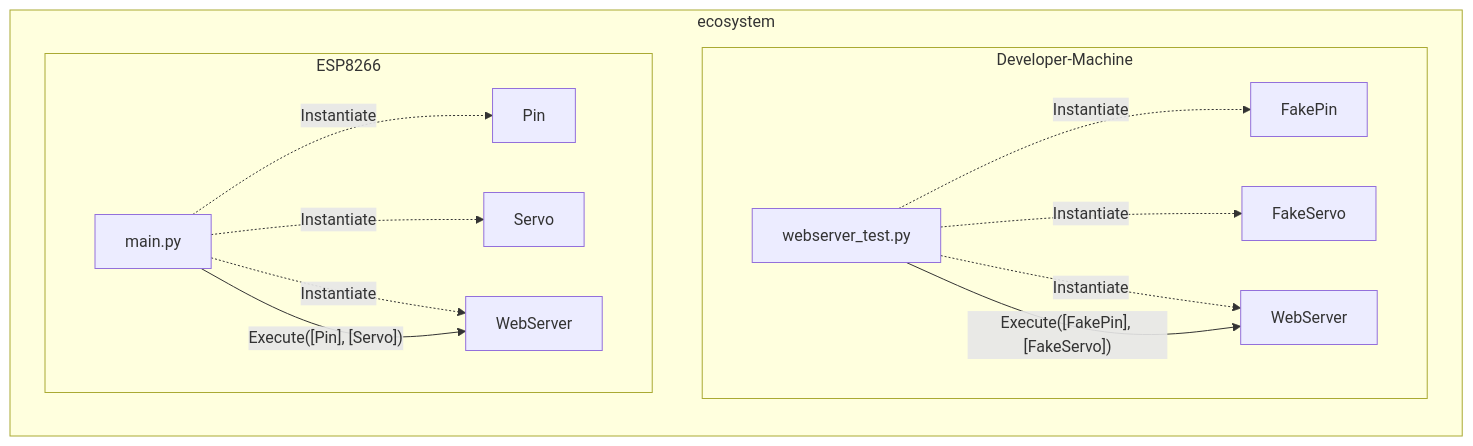
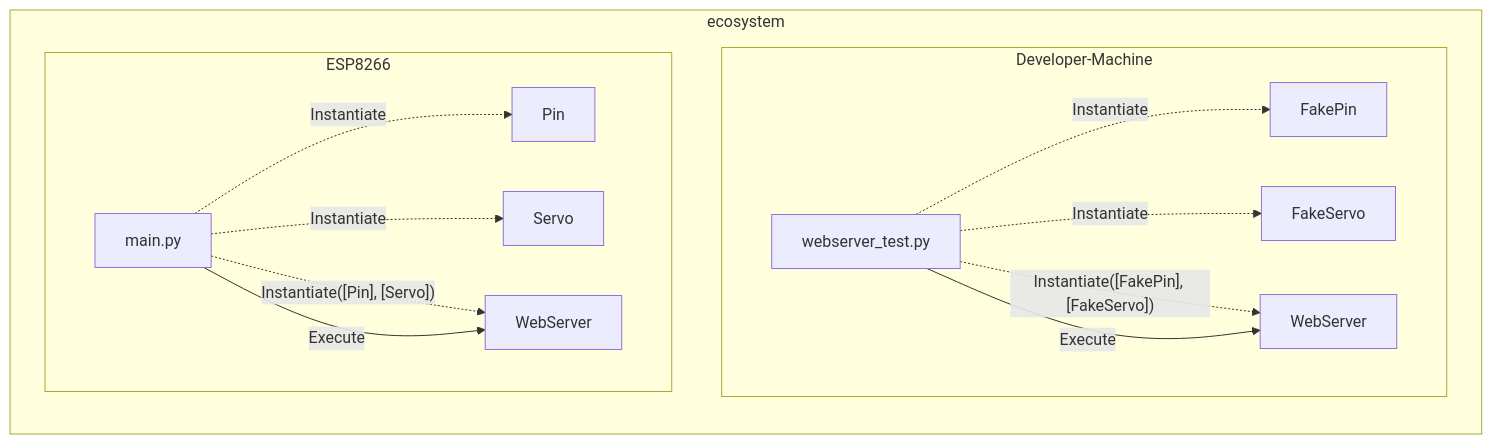
One commit to freemansoft/ESP8266-MicroPython changed the second of 4 diagrams in README.md. Above: the diagram before and after it, drawn with Mermaid.

Commit message:
fix diagram error

````diff
--- a/README.md
+++ b/README.md
@@ -91,28 +91,28 @@
 ```mermaid
 graph LR;
     subgraph ecosystem
         subgraph Developer-Machine
             webserver_test.py
             WebServer-Dev[WebServer]
             FakePin
             FakeServo
         end
         subgraph ESP8266
             main.py
             WebServer-ESP[WebServer]
             Pin
             Servo
         end
     end
 
     webserver_test.py -.->|Instantiate|FakePin
     webserver_test.py -.->|Instantiate|FakeServo
-    webserver_test.py -.->|Instantiate|WebServer-Dev
-    webserver_test.py --> |"Execute([FakePin], [FakeServo])"|WebServer-Dev
+    webserver_test.py -.->|"Instantiate([FakePin], [FakeServo])"|WebServer-Dev
+    webserver_test.py --> |"Execute"|WebServer-Dev
 
     main.py -.->|Instantiate| Pin
     main.py -.->|Instantiate| Servo
-    main.py -.->|Instantiate| WebServer-ESP
-    main.py --> |"Execute([Pin], [Servo])"| WebServer-ESP
+    main.py -.->|"Instantiate([Pin], [Servo])"| WebServer-ESP
+    main.py --> |"Execute"| WebServer-ESP
 
 ```
````
